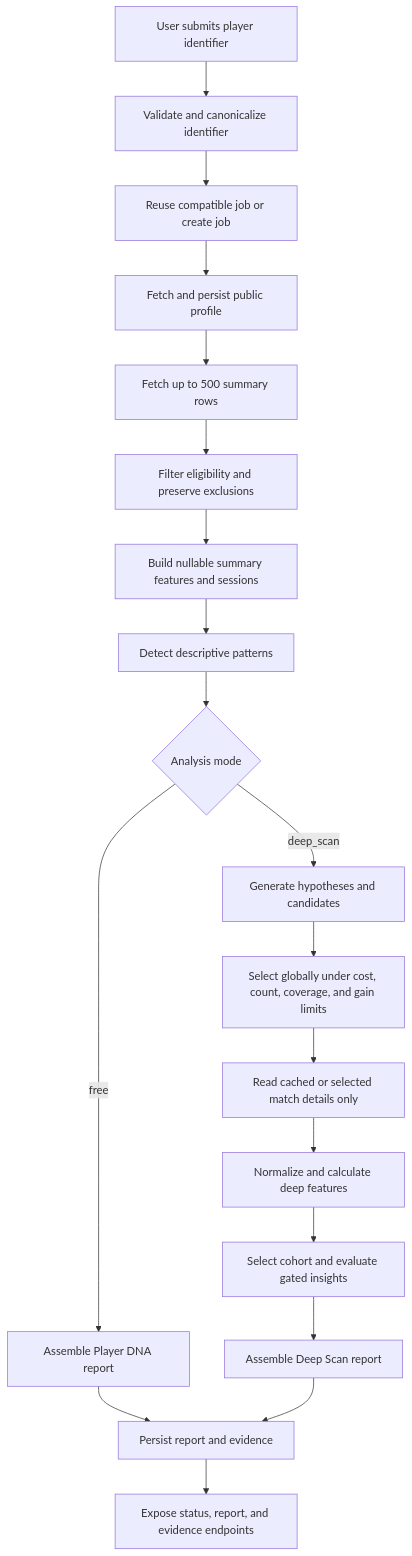
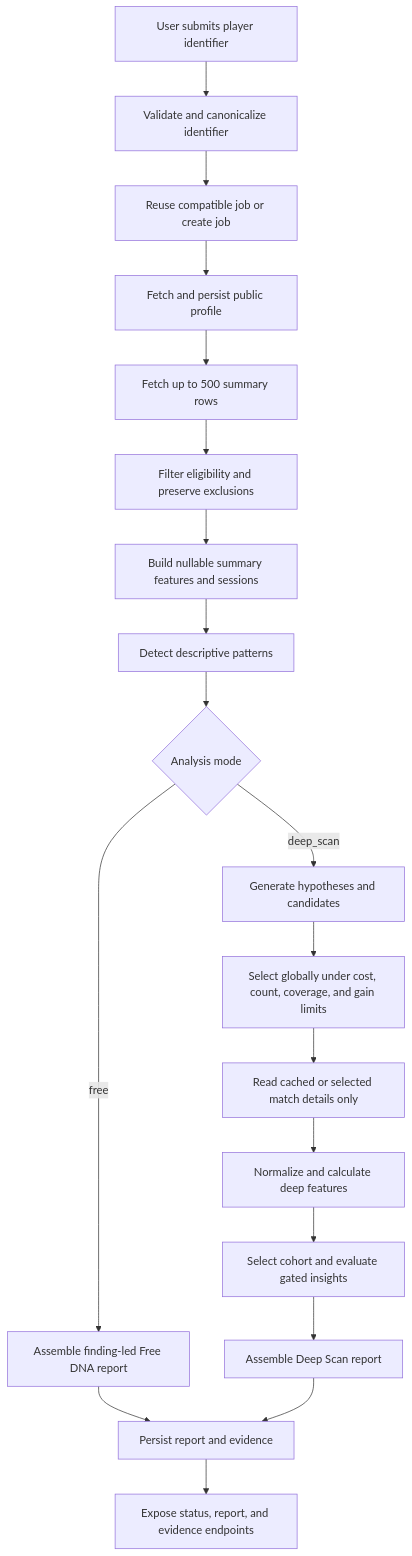
Before and after one commit to harunaka-manifesto/dota-report-card: the diagram in docs/system-behavior-baseline.md, drawn with Mermaid. The commit also changed other lines of this file and 42 other files, not shown here.

````diff
--- a/docs/system-behavior-baseline.md
+++ b/docs/system-behavior-baseline.md
@@ -48,21 +48,21 @@
 ```mermaid
 flowchart TD
     U["User submits player identifier"] --> V["Validate and canonicalize identifier"]
     V --> R["Reuse compatible job or create job"]
     R --> P["Fetch and persist public profile"]
     P --> H["Fetch up to 500 summary rows"]
     H --> F["Filter eligibility and preserve exclusions"]
     F --> S["Build nullable summary features and sessions"]
     S --> D["Detect descriptive patterns"]
     D --> B{"Analysis mode"}
-    B -->|"free"| FR["Assemble Player DNA report"]
+    B -->|"free"| FR["Assemble finding-led Free DNA report"]
     B -->|"deep_scan"| G["Generate hypotheses and candidates"]
     G --> Q["Select globally under cost, count, coverage, and gain limits"]
     Q --> X["Read cached or selected match details only"]
     X --> N["Normalize and calculate deep features"]
     N --> I["Select cohort and evaluate gated insights"]
     I --> DR["Assemble Deep Scan report"]
     FR --> E["Persist report and evidence"]
     DR --> E
     E --> O["Expose status, report, and evidence endpoints"]
 ```
````
